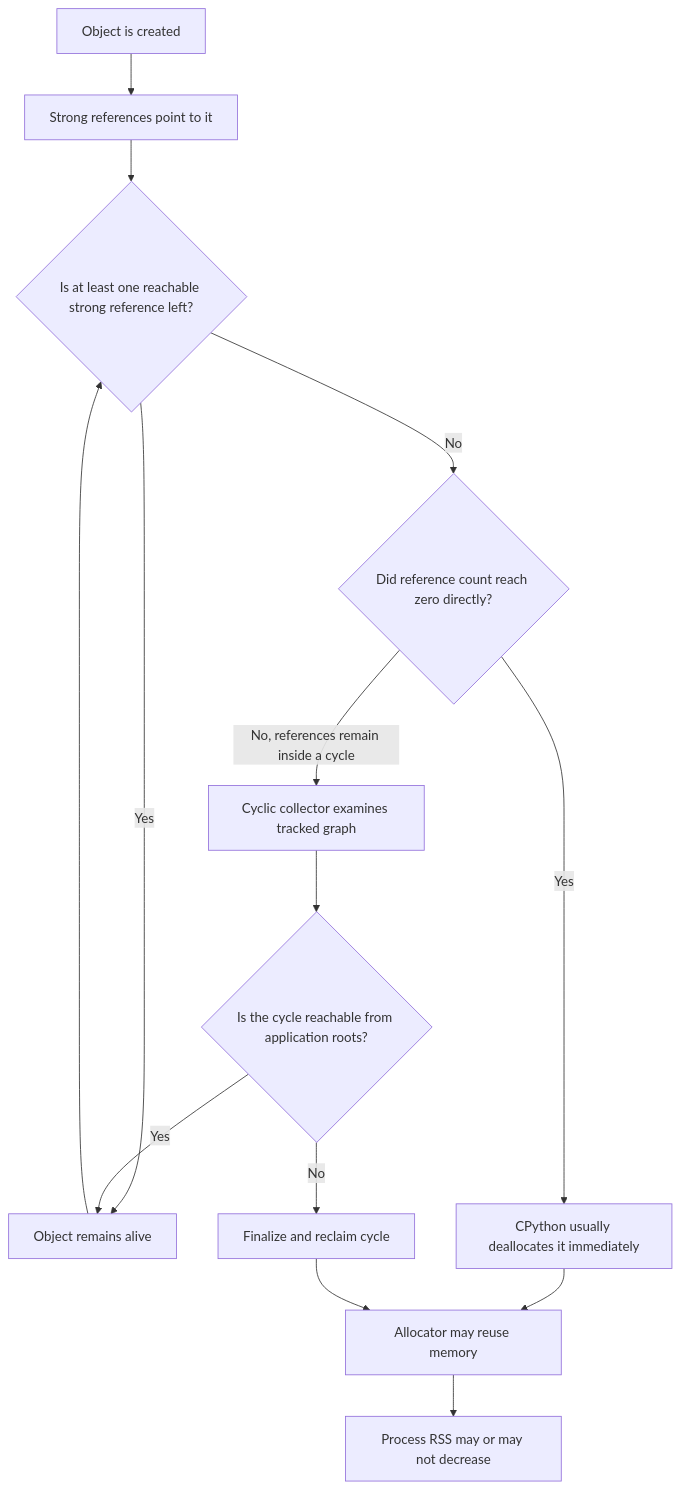
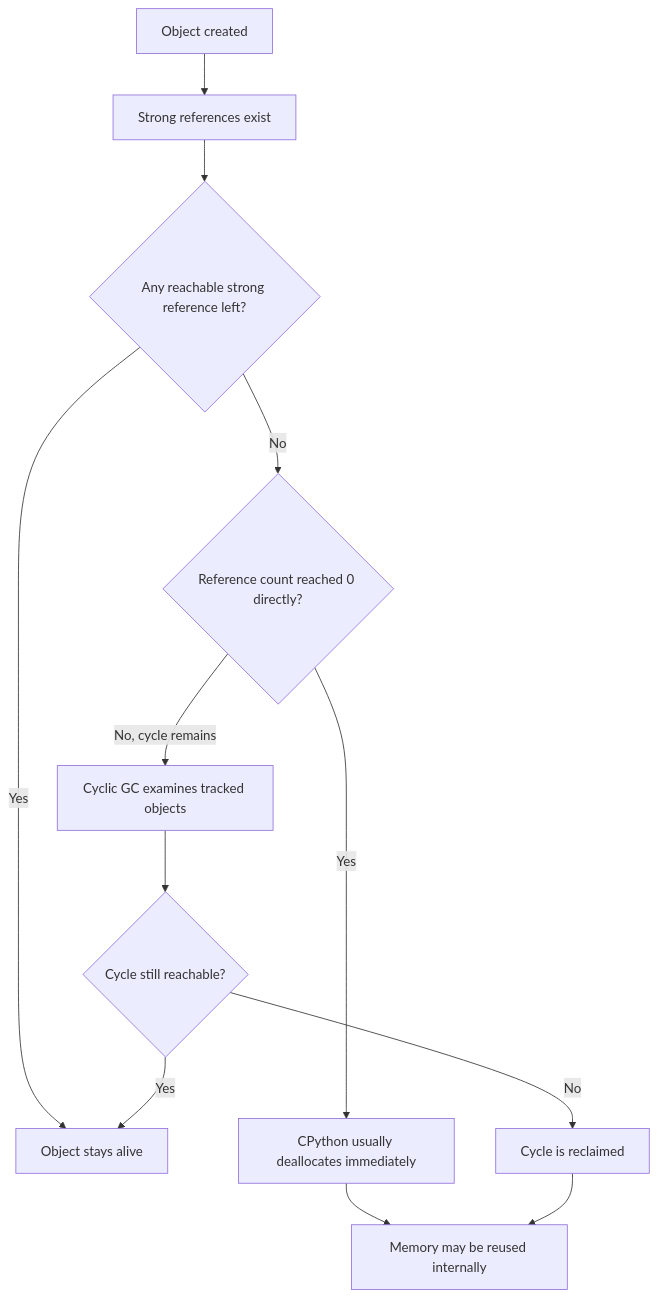
The fifth of 5 diagrams in src/content/python/garbage-collection.md (AvadhBhalodiya/Interview-Preparation), drawn with Mermaid before and after one commit. The commit also changed other lines of this file and 80 other files, not shown here.

````diff
--- a/src/content/python/garbage-collection.md
+++ b/src/content/python/garbage-collection.md
@@ -1345,24 +556,14 @@
 ```mermaid
 flowchart TD
-    A[Object is created] --> B[Strong references point to it]
-
-    B --> C{Is at least one reachable strong reference left?}
-
-    C -- Yes --> D[Object remains alive]
-    D --> C
-
-    C -- No --> E{Did reference count reach zero directly?}
-
-    E -- Yes --> F[CPython usually deallocates it immediately]
-
-    E -- No, references remain inside a cycle --> G[Cyclic collector examines tracked graph]
-    G --> H{Is the cycle reachable from application roots?}
-
+    A[Object created] --> B[Strong references exist]
+    B --> C{Any reachable strong reference left?}
+    C -- Yes --> D[Object stays alive]
+    C -- No --> E{Reference count reached 0 directly?}
+    E -- Yes --> F[CPython usually deallocates immediately]
+    E -- No, cycle remains --> G[Cyclic GC examines tracked objects]
+    G --> H{Cycle still reachable?}
     H -- Yes --> D
-    H -- No --> I[Finalize and reclaim cycle]
-
-    F --> J[Allocator may reuse memory]
+    H -- No --> I[Cycle is reclaimed]
+    F --> J[Memory may be reused internally]
     I --> J
-
-    J --> K[Process RSS may or may not decrease]
 ```
````
